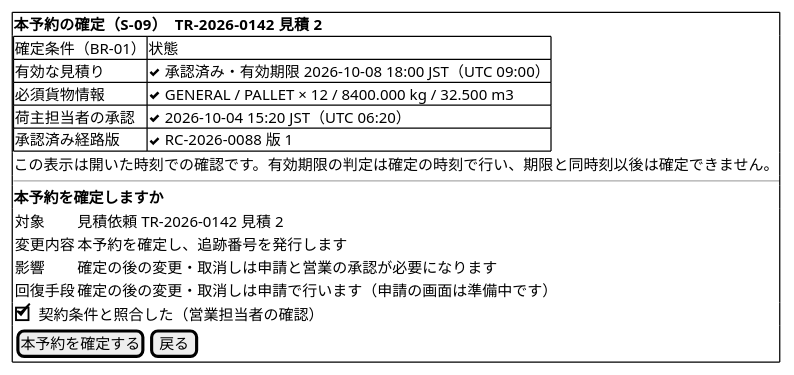
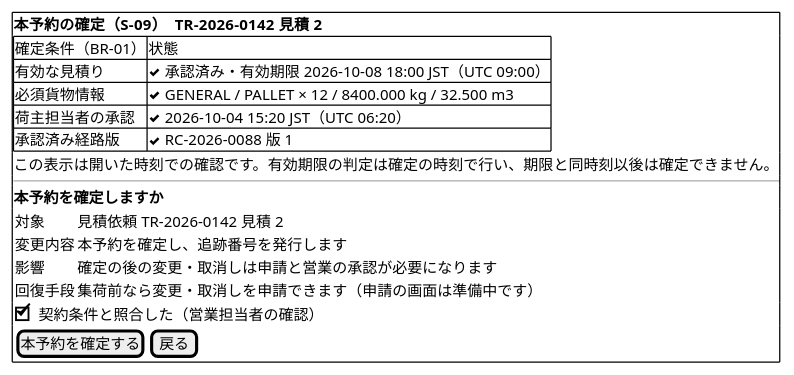
Before and after one commit to k2works/practical-domain-driven-design-in-enterpris-application: diagram 16 of 22 in docs/design/cargo-tracker/ui_design.md, drawn with PlantUML. The commit also changed other lines of this file and 22 other files, not shown here.

````diff
--- a/docs/design/cargo-tracker/ui_design.md
+++ b/docs/design/cargo-tracker/ui_design.md
@@ -656,25 +656,25 @@
 ```plantuml
 @startsalt
 {+
   <b>本予約の確定（S-09）　TR-2026-0142 見積 2
   {#
     確定条件（BR-01） | 状態
     有効な見積り | <&check> 承認済み・有効期限 2026-10-08 18:00 JST（UTC 09:00）
     必須貨物情報 | <&check> GENERAL / PALLET × 12 / 8400.000 kg / 32.500 m3
     荷主担当者の承認 | <&check> 2026-10-04 15:20 JST（UTC 06:20）
     承認済み経路版 | <&check> RC-2026-0088 版 1
   }
   この表示は開いた時刻での確認です。有効期限の判定は確定の時刻で行い、期限と同時刻以後は確定できません。
   ---
   <b>本予約を確定しますか
   {
     対象       | 見積依頼 TR-2026-0142 見積 2
     変更内容   | 本予約を確定し、追跡番号を発行します
     影響       | 確定の後の変更・取消しは申請と営業の承認が必要になります
-    回復手段   | 確定の後の変更・取消しは申請で行います（申請の画面は準備中です）
+    回復手段   | 集荷前なら変更・取消しを申請できます（申請の画面は準備中です）
   }
   [X] 契約条件と照合した（営業担当者の確認）
   { [ 本予約を確定する ] | [ 戻る ] }
 }
 @endsalt
 ```
````
